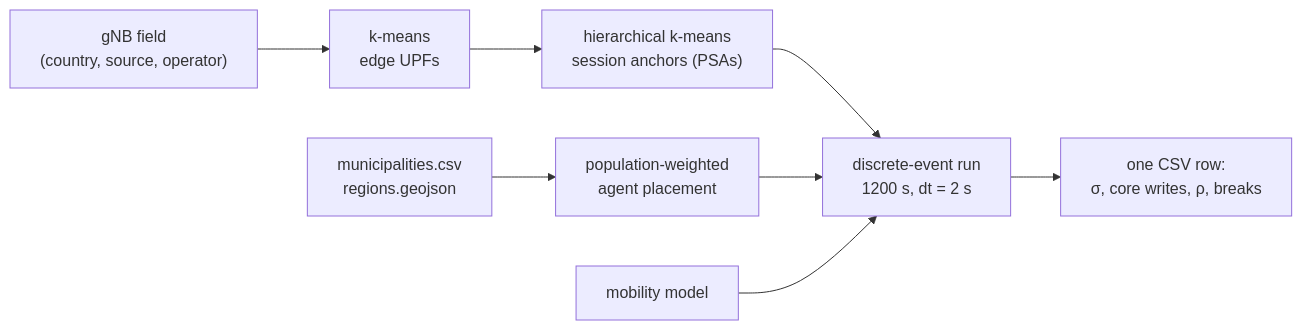
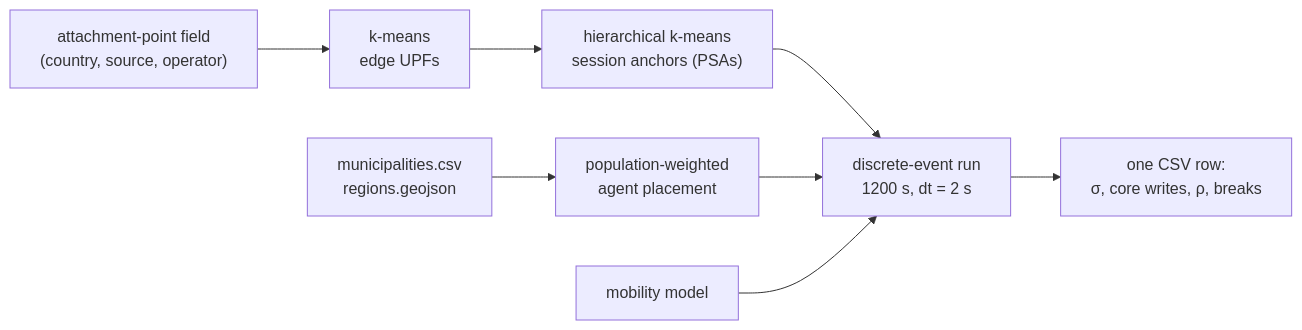
One commit to Fundacio-i2CAT/PLMN-GraphSim changed the diagram in docs/scenarios/evaluation-runs.md. Above: the diagram before and after it, drawn with Mermaid. The commit also changed other lines of this file and 19 other files, not shown here.

````diff
--- a/docs/scenarios/evaluation-runs.md
+++ b/docs/scenarios/evaluation-runs.md
@@ -17,10 +17,10 @@
 ```mermaid
 flowchart LR
-    A["gNB field<br/>(country, source, operator)"] --> B["k-means<br/>edge UPFs"]
+    A["attachment-point field<br/>(country, source, operator)"] --> B["k-means<br/>edge UPFs"]
     B --> C["hierarchical k-means<br/>session anchors (PSAs)"]
     D["municipalities.csv<br/>regions.geojson"] --> E["population-weighted<br/>agent placement"]
     C --> F["discrete-event run<br/>1200 s, dt = 2 s"]
     E --> F
     G["mobility model"] --> F
     F --> H["one CSV row:<br/>σ, core writes, ρ, breaks"]
 ```
````
